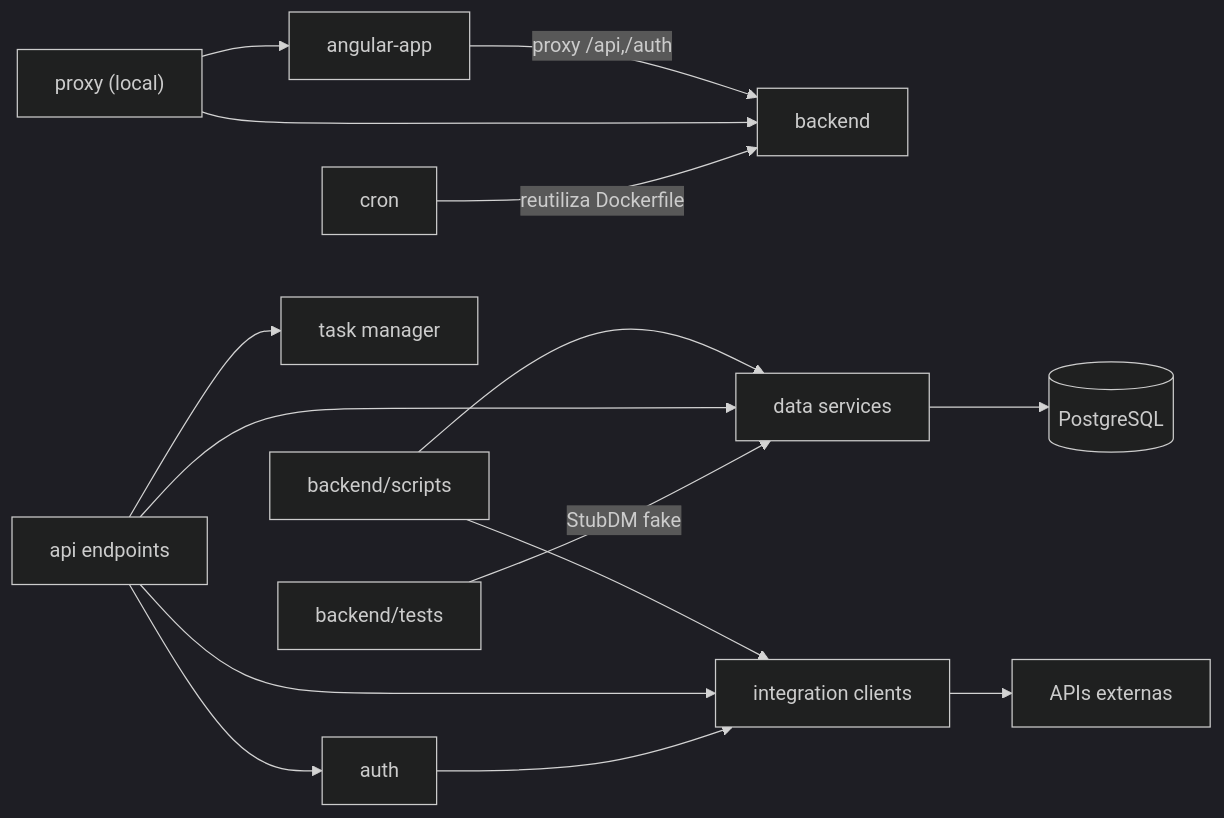
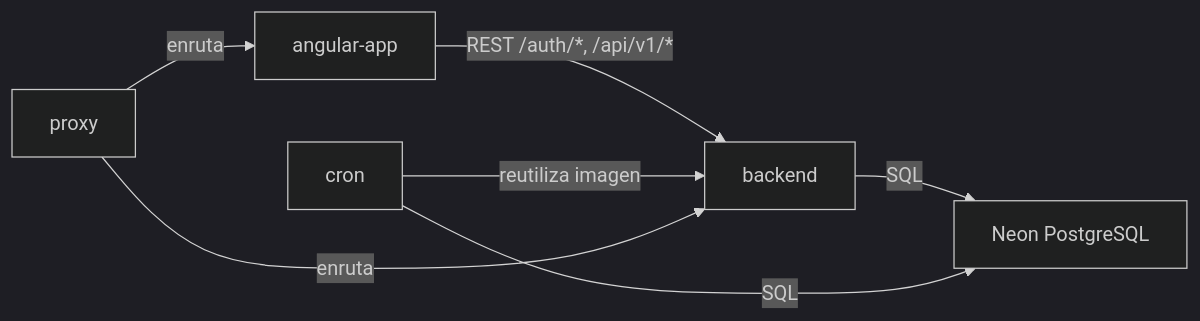
One commit to Mutinho/futmondo-analytics changed the diagram in aidlc/spaces/default/codekb/futmondo-analytics/dependencies.md. Above: the diagram before and after it, drawn with Mermaid (dark theme). The commit also changed other lines of this file and 50 other files, not shown here.

````diff
--- a/aidlc/spaces/default/codekb/futmondo-analytics/dependencies.md
+++ b/aidlc/spaces/default/codekb/futmondo-analytics/dependencies.md
@@ -43,17 +19,9 @@
 ```mermaid
 graph LR
-    FE["angular-app"] -->|proxy /api,/auth| BE["backend"]
-    PROXY["proxy (local)"] --> BE
-    PROXY --> FE
-    CRON["cron"] -->|reutiliza Dockerfile| BE
-    SCRIPTS["backend/scripts"] --> SVC["data services"]
-    SCRIPTS --> IC["integration clients"]
-    EP["api endpoints"] --> SVC
-    EP --> IC
-    EP --> TM["task manager"]
-    EP --> AUTH["auth"]
-    AUTH --> IC
-    SVC --> DB[("PostgreSQL")]
-    IC --> EXT["APIs externas"]
-    TESTS["backend/tests"] -->|StubDM fake| SVC
+  angular_app["angular-app"] -->|"REST /auth/*, /api/v1/*"| backend["backend"]
+  cron["cron"] -->|"reutiliza imagen"| backend
+  proxy["proxy"] -->|"enruta"| angular_app
+  proxy -->|"enruta"| backend
+  backend -->|"SQL"| db["Neon PostgreSQL"]
+  cron -->|"SQL"| db
 ```
````
